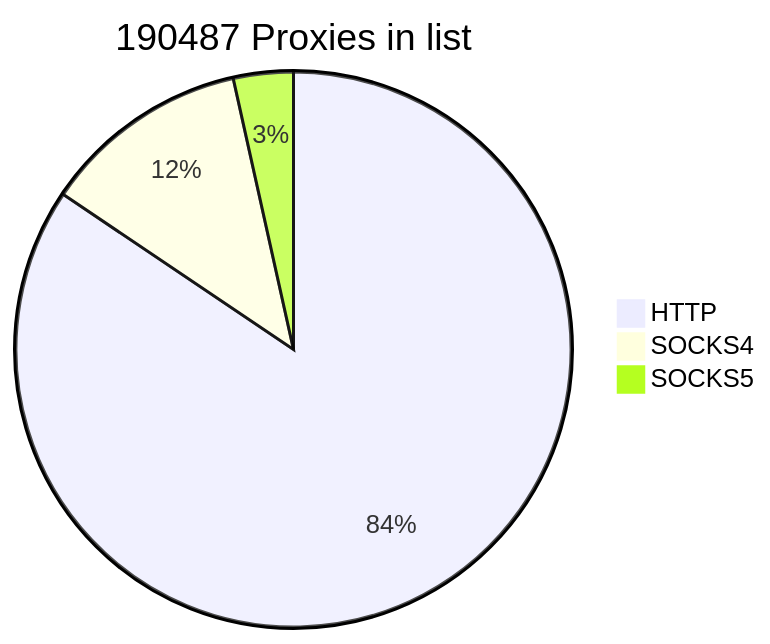
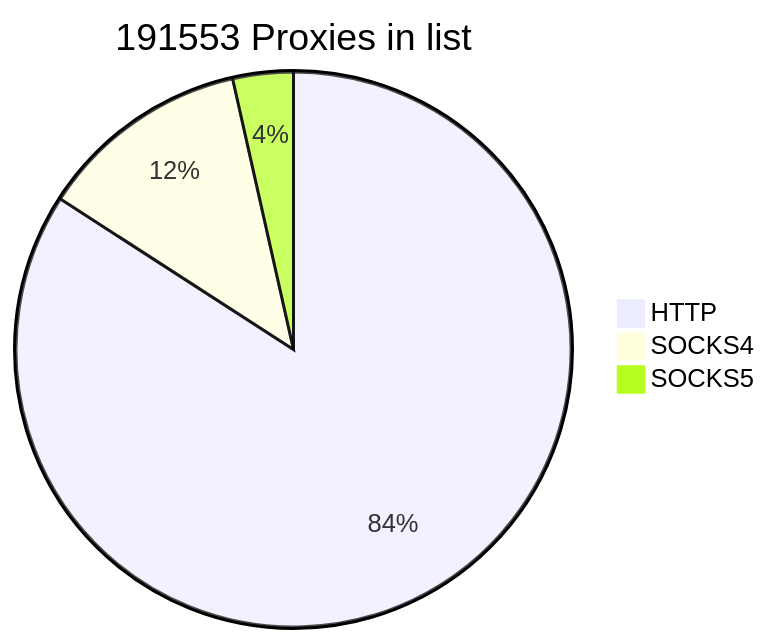
One commit to cutipu/proxylist changed the first of 2 diagrams in README.md. Above: the diagram before and after it, drawn with Mermaid. The commit also changed other lines of this file, not shown here.

````diff
--- a/README.md
+++ b/README.md
@@ -2,7 +2,7 @@
 ```mermaid
-pie title 190487 Proxies in list
-    "HTTP" : 160843
-    "SOCKS4" : 23010
-    "SOCKS5" : 6634
+pie title 191553 Proxies in list
+    "HTTP" : 161150
+    "SOCKS4" : 23663
+    "SOCKS5" : 6740
             
 ```
````
